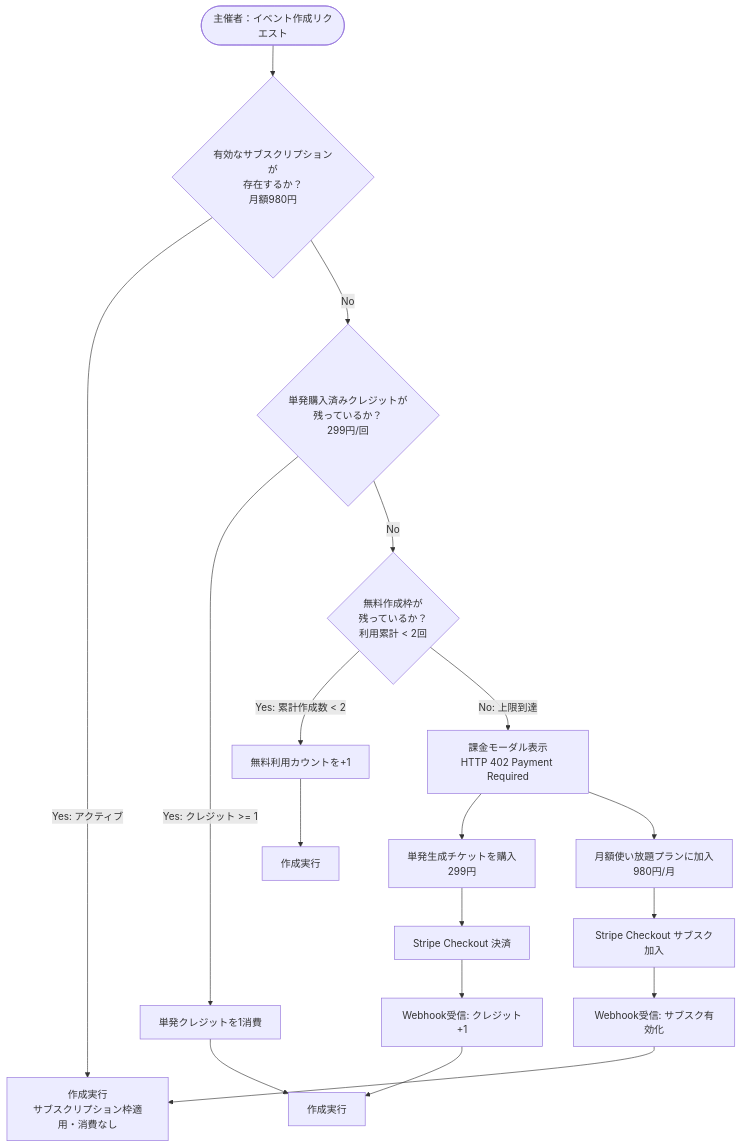
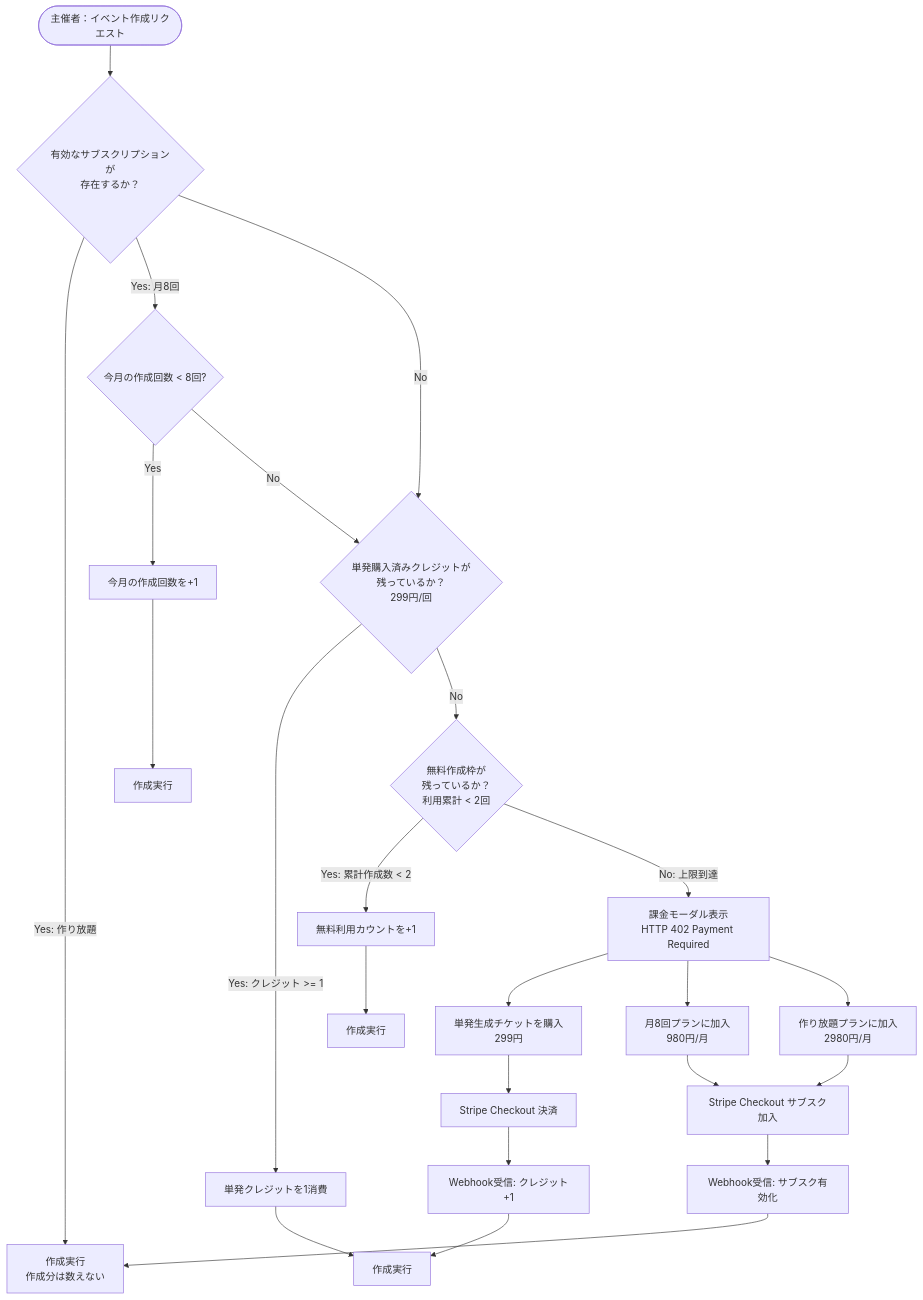
One commit to HirofumiSato/EventKreater changed the second of 2 diagrams in docs/billing_and_quota_planning_requirements.md. Above: the diagram before and after it, drawn with Mermaid. The commit also changed other lines of this file and 42 other files, not shown here.

````diff
--- a/docs/billing_and_quota_planning_requirements.md
+++ b/docs/billing_and_quota_planning_requirements.md
@@ -62,16 +63,21 @@
 ```mermaid
 flowchart TD
-    Start([主催者：イベント作成リクエスト]) --> CheckSub{有効なサブスクリプションが<br>存在するか？<br>月額980円}
-    CheckSub -- Yes: アクティブ --> ExecuteSub[作成実行<br>サブスクリプション枠適用・消費なし]
+    Start([主催者：イベント作成リクエスト]) --> CheckSub{有効なサブスクリプションが<br>存在するか？}
+    CheckSub -- Yes: 作り放題 --> ExecuteSub[作成実行<br>作成分は数えない]
+    CheckSub -- Yes: 月8回 --> CheckMonth{今月の作成回数 < 8回?}
+    CheckMonth -- Yes --> IncMonth[今月の作成回数を+1] --> ExecuteSub8[作成実行]
+    CheckMonth -- No --> CheckCredit
     CheckSub -- No --> CheckCredit{単発購入済みクレジットが<br>残っているか？<br>299円/回}
     CheckCredit -- Yes: クレジット >= 1 --> ConsumeCredit[単発クレジットを1消費] --> ExecuteCredit[作成実行]
     CheckCredit -- No --> CheckFree{無料作成枠が<br>残っているか？<br>利用累計 < 2回}
     CheckFree -- Yes: 累計作成数 < 2 --> IncrementFree[無料利用カウントを+1] --> ExecuteFree[作成実行]
     CheckFree -- No: 上限到達 --> ShowModal[課金モーダル表示<br>HTTP 402 Payment Required]
     ShowModal --> Choice1[単発生成チケットを購入<br>299円]
-    ShowModal --> Choice2[月額使い放題プランに加入<br>980円/月]
+    ShowModal --> Choice2[月8回プランに加入<br>980円/月]
+    ShowModal --> Choice3[作り放題プランに加入<br>2980円/月]
     Choice1 --> StripePay1[Stripe Checkout 決済]
     Choice2 --> StripePay2[Stripe Checkout サブスク加入]
+    Choice3 --> StripePay2
     StripePay1 --> Webhook1[Webhook受信: クレジット+1] --> ExecuteCredit
     StripePay2 --> Webhook2[Webhook受信: サブスク有効化] --> ExecuteSub
 ```
````
